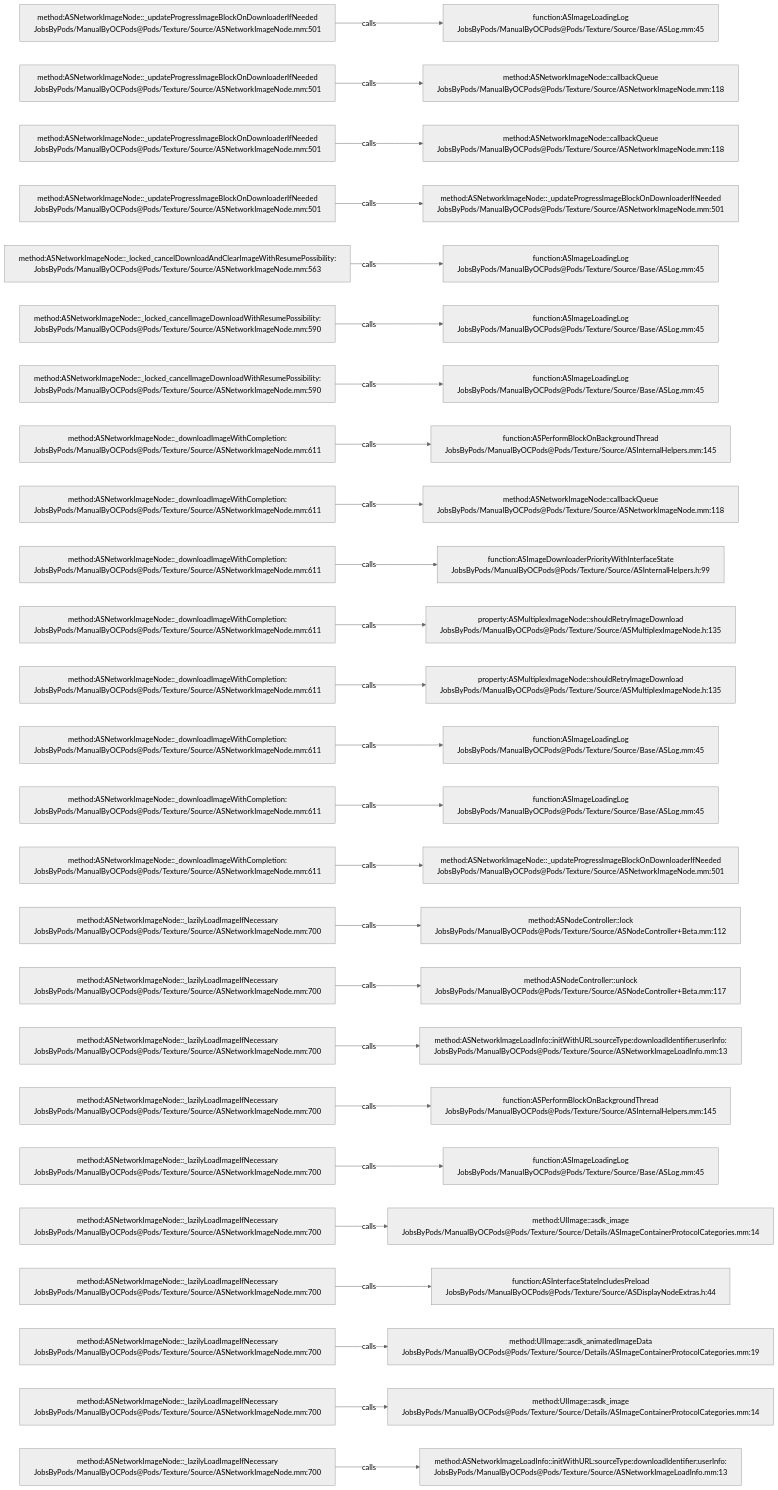
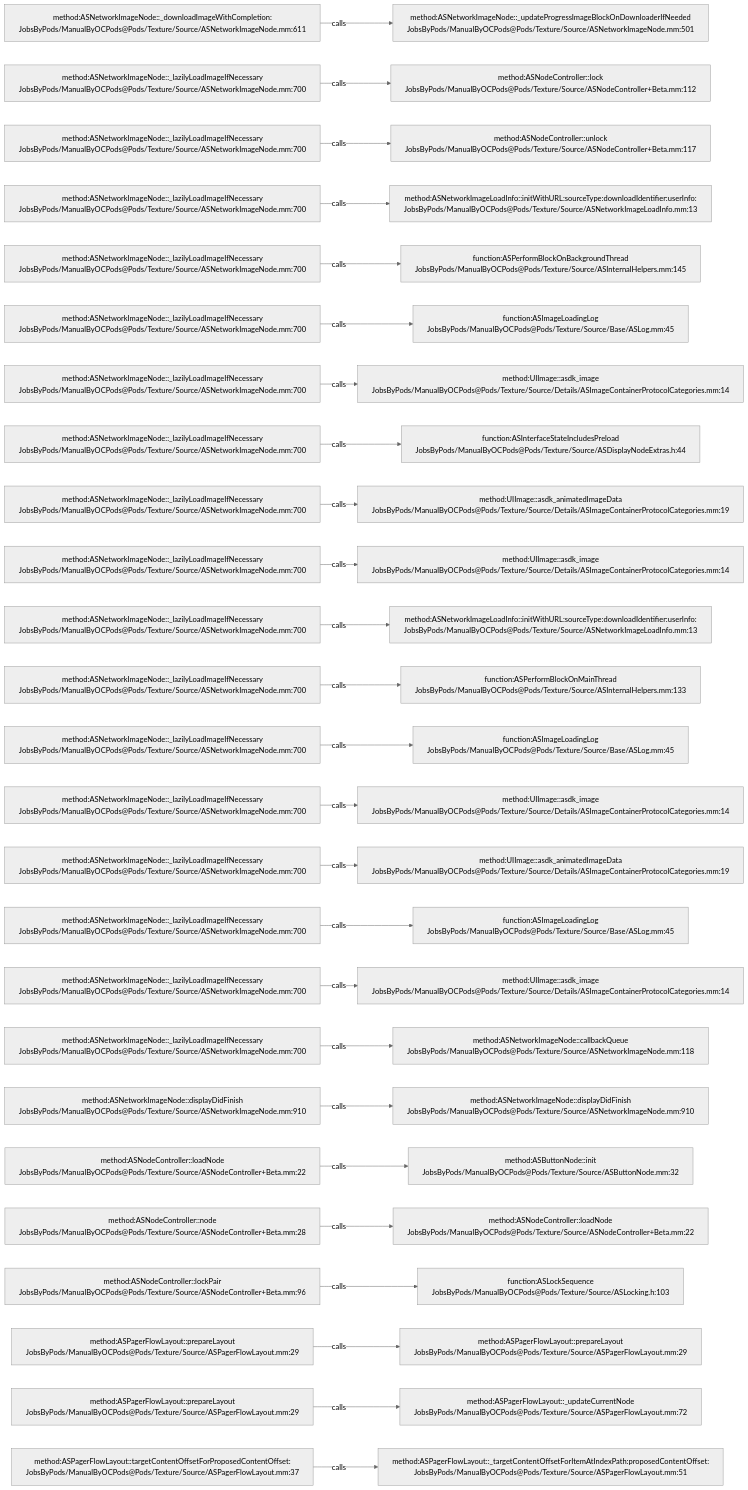
One commit to JobsKits/JobsOCBaseConfigDemo changed the diagram in .codegraph/codegraph.md/graphs/calls-120.md. Above: the diagram before and after it, drawn with Mermaid (neutral theme). The commit also changed 296 other files, not shown here.

````diff
--- a/.codegraph/codegraph.md/graphs/calls-120.md
+++ b/.codegraph/codegraph.md/graphs/calls-120.md
@@ -13,78 +13,78 @@
 ```mermaid
 flowchart LR
-  S1["method:ASNetworkImageNode::_updateProgressImageBlockOnDownloaderIfNeeded<br/>JobsByPods/ManualByOCPods@Pods/Texture/Source/ASNetworkImageNode.mm:501"]
-  T1["function:ASImageLoadingLog<br/>JobsByPods/ManualByOCPods@Pods/Texture/Source/Base/ASLog.mm:45"]
+  S1["method:ASNetworkImageNode::_downloadImageWithCompletion:<br/>JobsByPods/ManualByOCPods@Pods/Texture/Source/ASNetworkImageNode.mm:611"]
+  T1["method:ASNetworkImageNode::_updateProgressImageBlockOnDownloaderIfNeeded<br/>JobsByPods/ManualByOCPods@Pods/Texture/Source/ASNetworkImageNode.mm:501"]
   S1 -->|calls| T1
-  S2["method:ASNetworkImageNode::_updateProgressImageBlockOnDownloaderIfNeeded<br/>JobsByPods/ManualByOCPods@Pods/Texture/Source/ASNetworkImageNode.mm:501"]
-  T2["method:ASNetworkImageNode::callbackQueue<br/>JobsByPods/ManualByOCPods@Pods/Texture/Source/ASNetworkImageNode.mm:118"]
+  S2["method:ASNetworkImageNode::_lazilyLoadImageIfNecessary<br/>JobsByPods/ManualByOCPods@Pods/Texture/Source/ASNetworkImageNode.mm:700"]
+  T2["method:ASNodeController::lock<br/>JobsByPods/ManualByOCPods@Pods/Texture/Source/ASNodeController+Beta.mm:112"]
   S2 -->|calls| T2
-  S3["method:ASNetworkImageNode::_updateProgressImageBlockOnDownloaderIfNeeded<br/>JobsByPods/ManualByOCPods@Pods/Texture/Source/ASNetworkImageNode.mm:501"]
-  T3["method:ASNetworkImageNode::callbackQueue<br/>JobsByPods/ManualByOCPods@Pods/Texture/Source/ASNetworkImageNode.mm:118"]
+  S3["method:ASNetworkImageNode::_lazilyLoadImageIfNecessary<br/>JobsByPods/ManualByOCPods@Pods/Texture/Source/ASNetworkImageNode.mm:700"]
+  T3["method:ASNodeController::unlock<br/>JobsByPods/ManualByOCPods@Pods/Texture/Source/ASNodeController+Beta.mm:117"]
   S3 -->|calls| T3
-  S4["method:ASNetworkImageNode::_updateProgressImageBlockOnDownloaderIfNeeded<br/>JobsByPods/ManualByOCPods@Pods/Texture/Source/ASNetworkImageNode.mm:501"]
-  T4["method:ASNetworkImageNode::_updateProgressImageBlockOnDownloaderIfNeeded<br/>JobsByPods/ManualByOCPods@Pods/Texture/Source/ASNetworkImageNode.mm:501"]
+  S4["method:ASNetworkImageNode::_lazilyLoadImageIfNecessary<br/>JobsByPods/ManualByOCPods@Pods/Texture/Source/ASNetworkImageNode.mm:700"]
+  T4["method:ASNetworkImageLoadInfo::initWithURL:sourceType:downloadIdentifier:userInfo:<br/>JobsByPods/ManualByOCPods@Pods/Texture/Source/ASNetworkImageLoadInfo.mm:13"]
   S4 -->|calls| T4
-  S5["method:ASNetworkImageNode::_locked_cancelDownloadAndClearImageWithResumePossibility:<br/>JobsByPods/ManualByOCPods@Pods/Texture/Source/ASNetworkImageNode.mm:563"]
-  T5["function:ASImageLoadingLog<br/>JobsByPods/ManualByOCPods@Pods/Texture/Source/Base/ASLog.mm:45"]
+  S5["method:ASNetworkImageNode::_lazilyLoadImageIfNecessary<br/>JobsByPods/ManualByOCPods@Pods/Texture/Source/ASNetworkImageNode.mm:700"]
+  T5["function:ASPerformBlockOnBackgroundThread<br/>JobsByPods/ManualByOCPods@Pods/Texture/Source/ASInternalHelpers.mm:145"]
   S5 -->|calls| T5
-  S6["method:ASNetworkImageNode::_locked_cancelImageDownloadWithResumePossibility:<br/>JobsByPods/ManualByOCPods@Pods/Texture/Source/ASNetworkImageNode.mm:590"]
+  S6["method:ASNetworkImageNode::_lazilyLoadImageIfNecessary<br/>JobsByPods/ManualByOCPods@Pods/Texture/Source/ASNetworkImageNode.mm:700"]
   T6["function:ASImageLoadingLog<br/>JobsByPods/ManualByOCPods@Pods/Texture/Source/Base/ASLog.mm:45"]
   S6 -->|calls| T6
-  S7["method:ASNetworkImageNode::_locked_cancelImageDownloadWithResumePossibility:<br/>JobsByPods/ManualByOCPods@Pods/Texture/Source/ASNetworkImageNode.mm:590"]
-  T7["function:ASImageLoadingLog<br/>JobsByPods/ManualByOCPods@Pods/Texture/Source/Base/ASLog.mm:45"]
+  S7["method:ASNetworkImageNode::_lazilyLoadImageIfNecessary<br/>JobsByPods/ManualByOCPods@Pods/Texture/Source/ASNetworkImageNode.mm:700"]
+  T7["method:UIImage::asdk_image<br/>JobsByPods/ManualByOCPods@Pods/Texture/Source/Details/ASImageContainerProtocolCategories.mm:14"]
   S7 -->|calls| T7
-  S8["method:ASNetworkImageNode::_downloadImageWithCompletion:<br/>JobsByPods/ManualByOCPods@Pods/Texture/Source/ASNetworkImageNode.mm:611"]
-  T8["function:ASPerformBlockOnBackgroundThread<br/>JobsByPods/ManualByOCPods@Pods/Texture/Source/ASInternalHelpers.mm:145"]
+  S8["method:ASNetworkImageNode::_lazilyLoadImageIfNecessary<br/>JobsByPods/ManualByOCPods@Pods/Texture/Source/ASNetworkImageNode.mm:700"]
+  T8["function:ASInterfaceStateIncludesPreload<br/>JobsByPods/ManualByOCPods@Pods/Texture/Source/ASDisplayNodeExtras.h:44"]
   S8 -->|calls| T8
-  S9["method:ASNetworkImageNode::_downloadImageWithCompletion:<br/>JobsByPods/ManualByOCPods@Pods/Texture/Source/ASNetworkImageNode.mm:611"]
-  T9["method:ASNetworkImageNode::callbackQueue<br/>JobsByPods/ManualByOCPods@Pods/Texture/Source/ASNetworkImageNode.mm:118"]
+  S9["method:ASNetworkImageNode::_lazilyLoadImageIfNecessary<br/>JobsByPods/ManualByOCPods@Pods/Texture/Source/ASNetworkImageNode.mm:700"]
+  T9["method:UIImage::asdk_animatedImageData<br/>JobsByPods/ManualByOCPods@Pods/Texture/Source/Details/ASImageContainerProtocolCategories.mm:19"]
   S9 -->|calls| T9
-  S10["method:ASNetworkImageNode::_downloadImageWithCompletion:<br/>JobsByPods/ManualByOCPods@Pods/Texture/Source/ASNetworkImageNode.mm:611"]
-  T10["function:ASImageDownloaderPriorityWithInterfaceState<br/>JobsByPods/ManualByOCPods@Pods/Texture/Source/ASInternalHelpers.h:99"]
+  S10["method:ASNetworkImageNode::_lazilyLoadImageIfNecessary<br/>JobsByPods/ManualByOCPods@Pods/Texture/Source/ASNetworkImageNode.mm:700"]
+  T10["method:UIImage::asdk_image<br/>JobsByPods/ManualByOCPods@Pods/Texture/Source/Details/ASImageContainerProtocolCategories.mm:14"]
   S10 -->|calls| T10
-  S11["method:ASNetworkImageNode::_downloadImageWithCompletion:<br/>JobsByPods/ManualByOCPods@Pods/Texture/Source/ASNetworkImageNode.mm:611"]
-  T11["property:ASMultiplexImageNode::shouldRetryImageDownload<br/>JobsByPods/ManualByOCPods@Pods/Texture/Source/ASMultiplexImageNode.h:135"]
+  S11["method:ASNetworkImageNode::_lazilyLoadImageIfNecessary<br/>JobsByPods/ManualByOCPods@Pods/Texture/Source/ASNetworkImageNode.mm:700"]
+  T11["method:ASNetworkImageLoadInfo::initWithURL:sourceType:downloadIdentifier:userInfo:<br/>JobsByPods/ManualByOCPods@Pods/Texture/Source/ASNetworkImageLoadInfo.mm:13"]
   S11 -->|calls| T11
-  S12["method:ASNetworkImageNode::_downloadImageWithCompletion:<br/>JobsByPods/ManualByOCPods@Pods/Texture/Source/ASNetworkImageNode.mm:611"]
-  T12["property:ASMultiplexImageNode::shouldRetryImageDownload<br/>JobsByPods/ManualByOCPods@Pods/Texture/Source/ASMultiplexImageNode.h:135"]
+  S12["method:ASNetworkImageNode::_lazilyLoadImageIfNecessary<br/>JobsByPods/ManualByOCPods@Pods/Texture/Source/ASNetworkImageNode.mm:700"]
+  T12["function:ASPerformBlockOnMainThread<br/>JobsByPods/ManualByOCPods@Pods/Texture/Source/ASInternalHelpers.mm:133"]
   S12 -->|calls| T12
-  S13["method:ASNetworkImageNode::_downloadImageWithCompletion:<br/>JobsByPods/ManualByOCPods@Pods/Texture/Source/ASNetworkImageNode.mm:611"]
+  S13["method:ASNetworkImageNode::_lazilyLoadImageIfNecessary<br/>JobsByPods/ManualByOCPods@Pods/Texture/Source/ASNetworkImageNode.mm:700"]
   T13["function:ASImageLoadingLog<br/>JobsByPods/ManualByOCPods@Pods/Texture/Source/Base/ASLog.mm:45"]
   S13 -->|calls| T13
-  S14["method:ASNetworkImageNode::_downloadImageWithCompletion:<br/>JobsByPods/ManualByOCPods@Pods/Texture/Source/ASNetworkImageNode.mm:611"]
-  T14["function:ASImageLoadingLog<br/>JobsByPods/ManualByOCPods@Pods/Texture/Source/Base/ASLog.mm:45"]
+  S14["method:ASNetworkImageNode::_lazilyLoadImageIfNecessary<br/>JobsByPods/ManualByOCPods@Pods/Texture/Source/ASNetworkImageNode.mm:700"]
+  T14["method:UIImage::asdk_image<br/>JobsByPods/ManualByOCPods@Pods/Texture/Source/Details/ASImageContainerProtocolCategories.mm:14"]
   S14 -->|calls| T14
-  S15["method:ASNetworkImageNode::_downloadImageWithCompletion:<br/>JobsByPods/ManualByOCPods@Pods/Texture/Source/ASNetworkImageNode.mm:611"]
-  T15["method:ASNetworkImageNode::_updateProgressImageBlockOnDownloaderIfNeeded<br/>JobsByPods/ManualByOCPods@Pods/Texture/Source/ASNetworkImageNode.mm:501"]
+  S15["method:ASNetworkImageNode::_lazilyLoadImageIfNecessary<br/>JobsByPods/ManualByOCPods@Pods/Texture/Source/ASNetworkImageNode.mm:700"]
+  T15["method:UIImage::asdk_animatedImageData<br/>JobsByPods/ManualByOCPods@Pods/Texture/Source/Details/ASImageContainerProtocolCategories.mm:19"]
   S15 -->|calls| T15
   S16["method:ASNetworkImageNode::_lazilyLoadImageIfNecessary<br/>JobsByPods/ManualByOCPods@Pods/Texture/Source/ASNetworkImageNode.mm:700"]
-  T16["method:ASNodeController::lock<br/>JobsByPods/ManualByOCPods@Pods/Texture/Source/ASNodeController+Beta.mm:112"]
+  T16["function:ASImageLoadingLog<br/>JobsByPods/ManualByOCPods@Pods/Texture/Source/Base/ASLog.mm:45"]
   S16 -->|calls| T16
   S17["method:ASNetworkImageNode::_lazilyLoadImageIfNecessary<br/>JobsByPods/ManualByOCPods@Pods/Texture/Source/ASNetworkImageNode.mm:700"]
-  T17["method:ASNodeController::unlock<br/>JobsByPods/ManualByOCPods@Pods/Texture/Source/ASNodeController+Beta.mm:117"]
+  T17["method:UIImage::asdk_image<br/>JobsByPods/ManualByOCPods@Pods/Texture/Source/Details/ASImageContainerProtocolCategories.mm:14"]
   S17 -->|calls| T17
   S18["method:ASNetworkImageNode::_lazilyLoadImageIfNecessary<br/>JobsByPods/ManualByOCPods@Pods/Texture/Source/ASNetworkImageNode.mm:700"]
-  T18["method:ASNetworkImageLoadInfo::initWithURL:sourceType:downloadIdentifier:userInfo:<br/>JobsByPods/ManualByOCPods@Pods/Texture/Source/ASNetworkImageLoadInfo.mm:13"]
+  T18["method:ASNetworkImageNode::callbackQueue<br/>JobsByPods/ManualByOCPods@Pods/Texture/Source/ASNetworkImageNode.mm:118"]
   S18 -->|calls| T18
-  S19["method:ASNetworkImageNode::_lazilyLoadImageIfNecessary<br/>JobsByPods/ManualByOCPods@Pods/Texture/Source/ASNetworkImageNode.mm:700"]
-  T19["function:ASPerformBlockOnBackgroundThread<br/>JobsByPods/ManualByOCPods@Pods/Texture/Source/ASInternalHelpers.mm:145"]
+  S19["method:ASNetworkImageNode::displayDidFinish<br/>JobsByPods/ManualByOCPods@Pods/Texture/Source/ASNetworkImageNode.mm:910"]
+  T19["method:ASNetworkImageNode::displayDidFinish<br/>JobsByPods/ManualByOCPods@Pods/Texture/Source/ASNetworkImageNode.mm:910"]
   S19 -->|calls| T19
-  S20["method:ASNetworkImageNode::_lazilyLoadImageIfNecessary<br/>JobsByPods/ManualByOCPods@Pods/Texture/Source/ASNetworkImageNode.mm:700"]
-  T20["function:ASImageLoadingLog<br/>JobsByPods/ManualByOCPods@Pods/Texture/Source/Base/ASLog.mm:45"]
+  S20["method:ASNodeController::loadNode<br/>JobsByPods/ManualByOCPods@Pods/Texture/Source/ASNodeController+Beta.mm:22"]
+  T20["method:ASButtonNode::init<br/>JobsByPods/ManualByOCPods@Pods/Texture/Source/ASButtonNode.mm:32"]
   S20 -->|calls| T20
-  S21["method:ASNetworkImageNode::_lazilyLoadImageIfNecessary<br/>JobsByPods/ManualByOCPods@Pods/Texture/Source/ASNetworkImageNode.mm:700"]
-  T21["method:UIImage::asdk_image<br/>JobsByPods/ManualByOCPods@Pods/Texture/Source/Details/ASImageContainerProtocolCategories.mm:14"]
+  S21["method:ASNodeController::node<br/>JobsByPods/ManualByOCPods@Pods/Texture/Source/ASNodeController+Beta.mm:28"]
+  T21["method:ASNodeController::loadNode<br/>JobsByPods/ManualByOCPods@Pods/Texture/Source/ASNodeController+Beta.mm:22"]
   S21 -->|calls| T21
-  S22["method:ASNetworkImageNode::_lazilyLoadImageIfNecessary<br/>JobsByPods/ManualByOCPods@Pods/Texture/Source/ASNetworkImageNode.mm:700"]
-  T22["function:ASInterfaceStateIncludesPreload<br/>JobsByPods/ManualByOCPods@Pods/Texture/Source/ASDisplayNodeExtras.h:44"]
+  S22["method:ASNodeController::lockPair<br/>JobsByPods/ManualByOCPods@Pods/Texture/Source/ASNodeController+Beta.mm:96"]
+  T22["function:ASLockSequence<br/>JobsByPods/ManualByOCPods@Pods/Texture/Source/ASLocking.h:103"]
   S22 -->|calls| T22
-  S23["method:ASNetworkImageNode::_lazilyLoadImageIfNecessary<br/>JobsByPods/ManualByOCPods@Pods/Texture/Source/ASNetworkImageNode.mm:700"]
-  T23["method:UIImage::asdk_animatedImageData<br/>JobsByPods/ManualByOCPods@Pods/Texture/Source/Details/ASImageContainerProtocolCategories.mm:19"]
+  S23["method:ASPagerFlowLayout::prepareLayout<br/>JobsByPods/ManualByOCPods@Pods/Texture/Source/ASPagerFlowLayout.mm:29"]
+  T23["method:ASPagerFlowLayout::prepareLayout<br/>JobsByPods/ManualByOCPods@Pods/Texture/Source/ASPagerFlowLayout.mm:29"]
   S23 -->|calls| T23
-  S24["method:ASNetworkImageNode::_lazilyLoadImageIfNecessary<br/>JobsByPods/ManualByOCPods@Pods/Texture/Source/ASNetworkImageNode.mm:700"]
-  T24["method:UIImage::asdk_image<br/>JobsByPods/ManualByOCPods@Pods/Texture/Source/Details/ASImageContainerProtocolCategories.mm:14"]
+  S24["method:ASPagerFlowLayout::prepareLayout<br/>JobsByPods/ManualByOCPods@Pods/Texture/Source/ASPagerFlowLayout.mm:29"]
+  T24["method:ASPagerFlowLayout::_updateCurrentNode<br/>JobsByPods/ManualByOCPods@Pods/Texture/Source/ASPagerFlowLayout.mm:72"]
   S24 -->|calls| T24
-  S25["method:ASNetworkImageNode::_lazilyLoadImageIfNecessary<br/>JobsByPods/ManualByOCPods@Pods/Texture/Source/ASNetworkImageNode.mm:700"]
-  T25["method:ASNetworkImageLoadInfo::initWithURL:sourceType:downloadIdentifier:userInfo:<br/>JobsByPods/ManualByOCPods@Pods/Texture/Source/ASNetworkImageLoadInfo.mm:13"]
+  S25["method:ASPagerFlowLayout::targetContentOffsetForProposedContentOffset:<br/>JobsByPods/ManualByOCPods@Pods/Texture/Source/ASPagerFlowLayout.mm:37"]
+  T25["method:ASPagerFlowLayout::_targetContentOffsetForItemAtIndexPath:proposedContentOffset:<br/>JobsByPods/ManualByOCPods@Pods/Texture/Source/ASPagerFlowLayout.mm:51"]
   S25 -->|calls| T25
 ```
````
